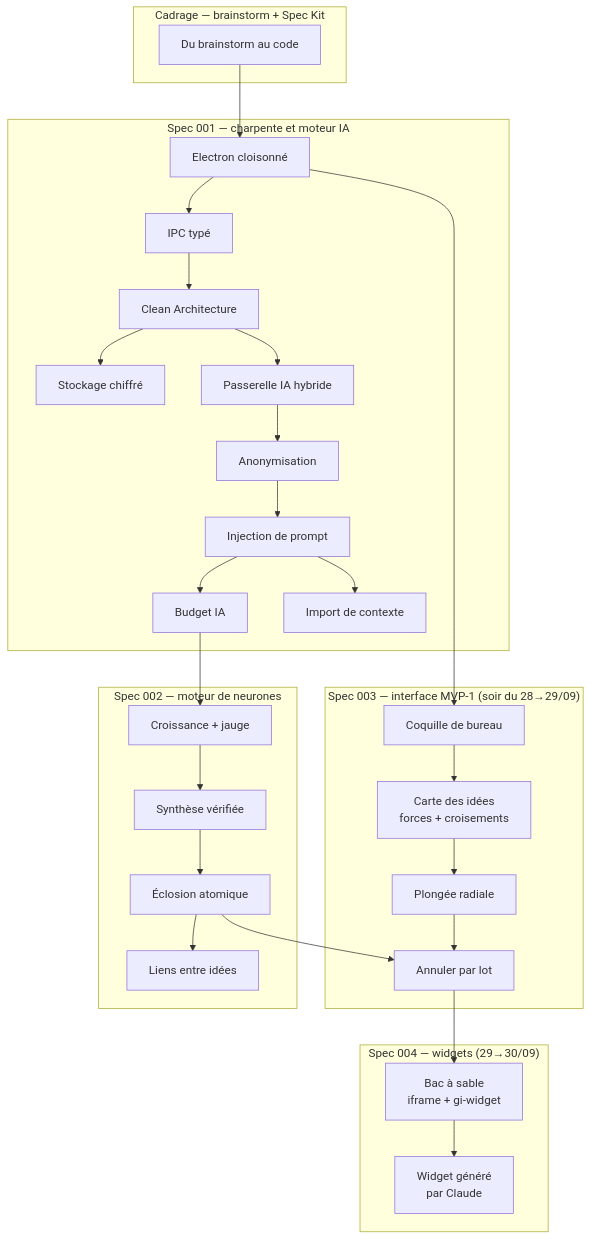
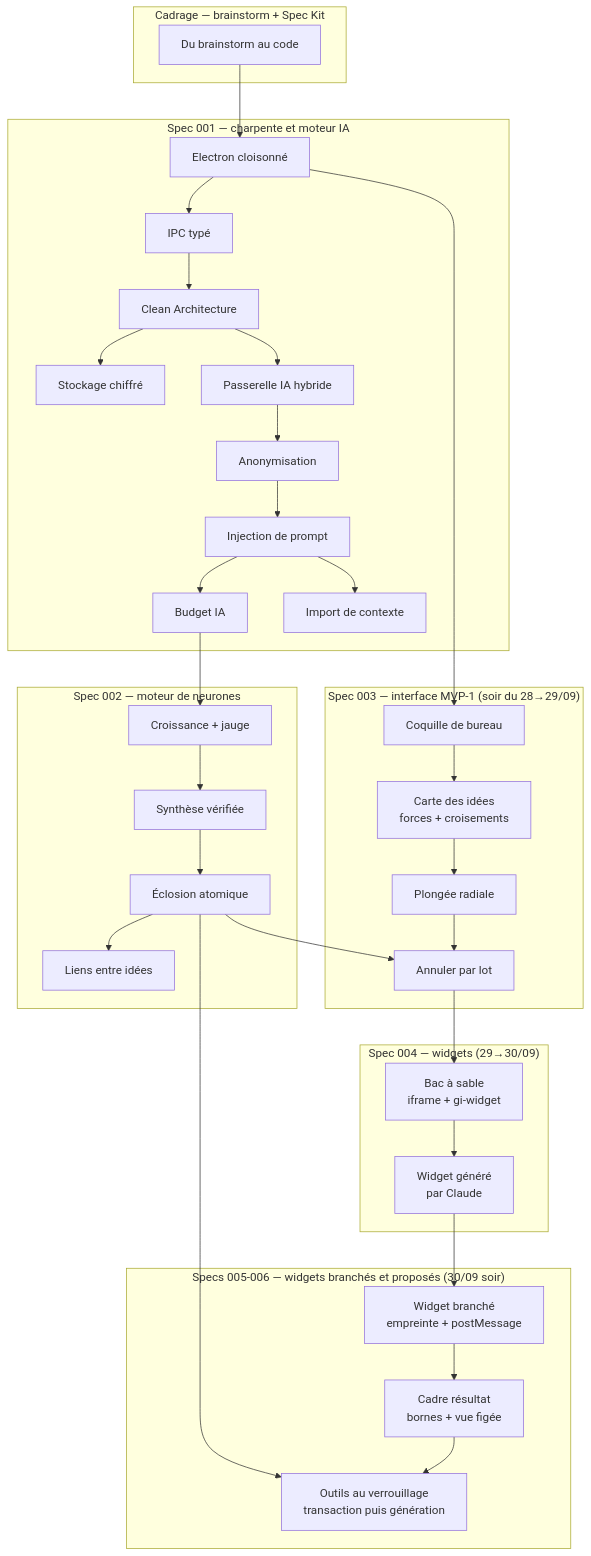
The diagram in docs/academique/MOC — Gestionnaire idées.md (ernesthdj/gestionnaire-idees), drawn with Mermaid before and after one commit. The commit also changed other lines of this file and 153 other files, not shown here.

Commit message:
docs(gestionnaire-idees): fin de session du 30/09 — journal, graphe et cours académique (specs 005-006)

````diff
--- a/docs/academique/MOC — Gestionnaire idées.md
+++ b/docs/academique/MOC — Gestionnaire idées.md
@@ -16,27 +16,32 @@
 ```mermaid
 flowchart TD
     subgraph "Cadrage — brainstorm + Spec Kit"
         A["Du brainstorm au code"]
     end
     subgraph "Spec 001 — charpente et moteur IA"
         B["Electron cloisonné"] --> C["IPC typé"] --> D["Clean Architecture"]
         D --> E["Stockage chiffré"]
         D --> F["Passerelle IA hybride"]
         F --> G["Anonymisation"] --> H["Injection de prompt"] --> I["Budget IA"]
         H --> N["Import de contexte"]
     end
     subgraph "Spec 002 — moteur de neurones"
         J["Croissance + jauge"] --> K["Synthèse vérifiée"] --> L["Éclosion atomique"] --> M["Liens entre idées"]
     end
     subgraph "Spec 003 — interface MVP-1 (soir du 28→29/09)"
         O["Coquille de bureau"] --> P["Carte des idées<br/>forces + croisements"] --> Q["Plongée radiale"] --> R["Annuler par lot"]
     end
     subgraph "Spec 004 — widgets (29→30/09)"
         S["Bac à sable<br/>iframe + gi-widget"] --> T["Widget généré<br/>par Claude"]
     end
+    subgraph "Specs 005-006 — widgets branchés et proposés (30/09 soir)"
+        U["Widget branché<br/>empreinte + postMessage"] --> V["Cadre résultat<br/>bornes + vue figée"] --> W["Outils au verrouillage<br/>transaction puis génération"]
+    end
     A --> B
     I --> J
     B --> O
     L --> R
     R --> S
+    T --> U
+    L --> W
 ```
````
